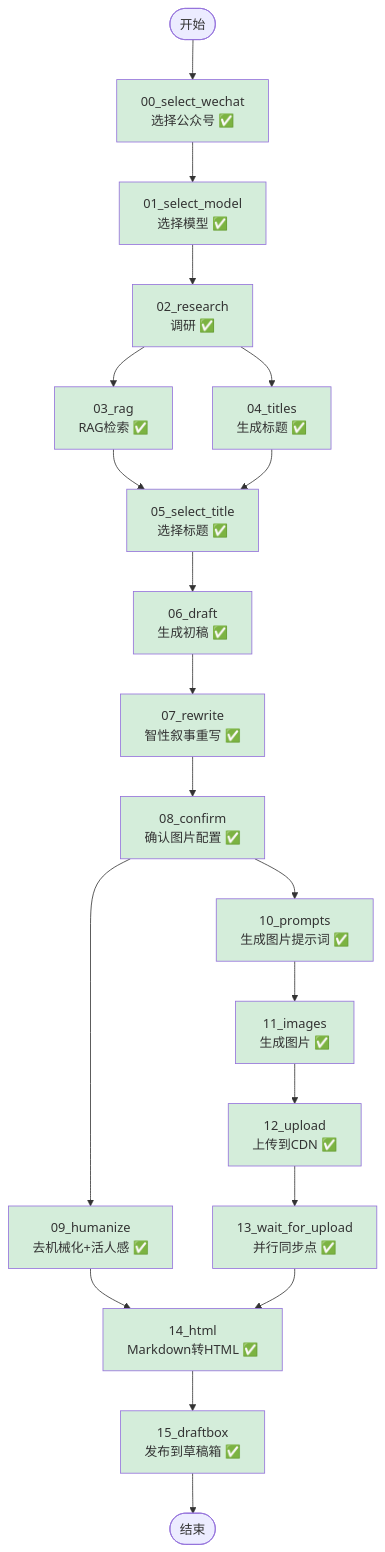
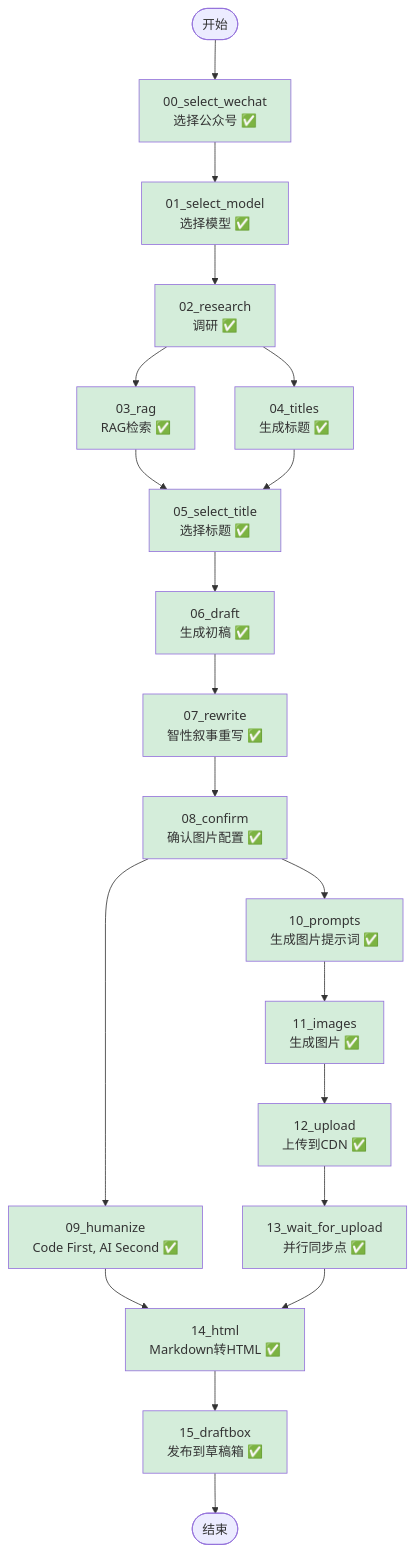
The diagram in docs/WORKFLOW_GRAPH.md (WiseWong6/graph), drawn with Mermaid before and after one commit. The commit also changed other lines of this file and 3 other files, not shown here.

````diff
--- a/docs/WORKFLOW_GRAPH.md
+++ b/docs/WORKFLOW_GRAPH.md
@@ -5,46 +5,46 @@
 ```mermaid
 graph TD
     START([开始]) --> A[00_select_wechat<br/>选择公众号 ✅]
     A --> B[01_select_model<br/>选择模型 ✅]
     B --> C[02_research<br/>调研 ✅]
 
     %% 第一层并行：Research 后
     C --> D[03_rag<br/>RAG检索 ✅]
     C --> E[04_titles<br/>生成标题 ✅]
     D --> F[05_select_title<br/>选择标题 ✅]
     E --> F
 
     F --> G[06_draft<br/>生成初稿 ✅]
     G --> H[07_rewrite<br/>智性叙事重写 ✅]
     H --> I[08_confirm<br/>确认图片配置 ✅]
 
     %% 第二层并行：Confirm 后
-    I --> J[09_humanize<br/>去机械化+活人感 ✅]
+    I --> J[09_humanize<br/>Code First, AI Second ✅]
     I --> K[10_prompts<br/>生成图片提示词 ✅]
     K --> L[11_images<br/>生成图片 ✅]
     L --> M[12_upload<br/>上传到CDN ✅]
     M --> N[13_wait_for_upload<br/>并行同步点 ✅]
 
     %% 汇聚点
     J --> O[14_html<br/>Markdown转HTML ✅]
     N --> O
     O --> P[15_draftbox<br/>发布到草稿箱 ✅]
     P --> END([结束])
 
     style A fill:#d4edda
     style B fill:#d4edda
     style C fill:#d4edda
     style D fill:#d4edda
     style E fill:#d4edda
     style F fill:#d4edda
     style G fill:#d4edda
     style H fill:#d4edda
     style I fill:#d4edda
     style J fill:#d4edda
     style K fill:#d4edda
     style L fill:#d4edda
     style M fill:#d4edda
     style N fill:#d4edda
     style O fill:#d4edda
     style P fill:#d4edda
 ```
````
